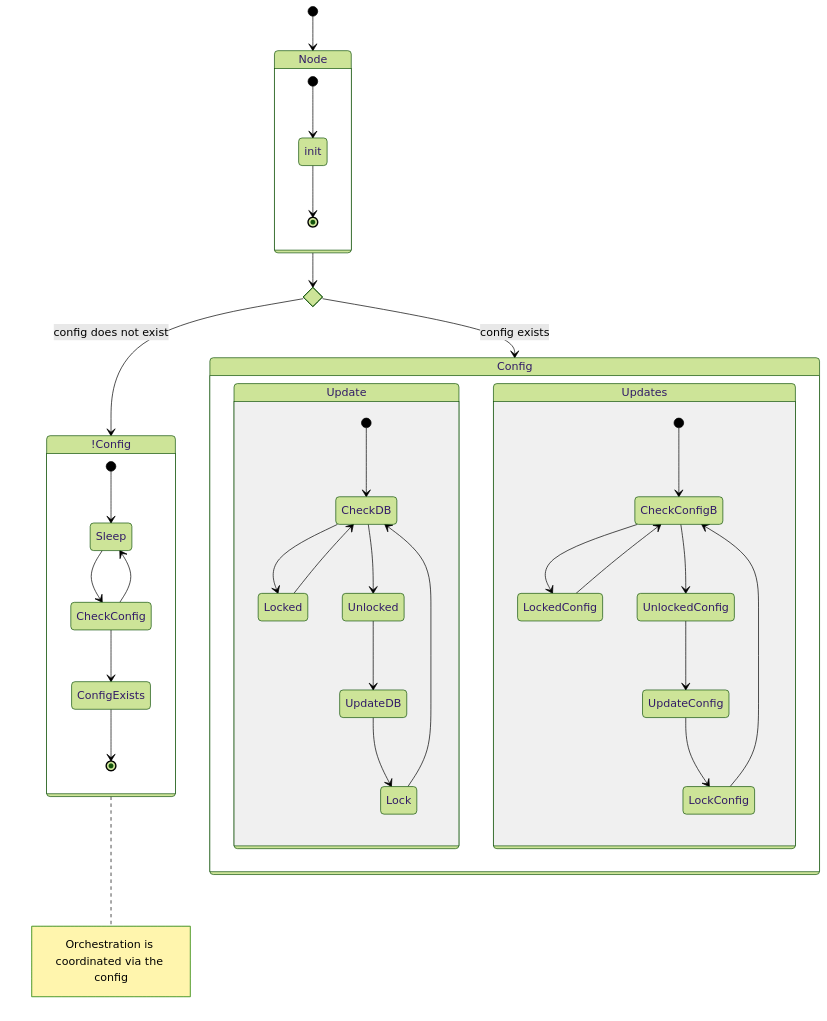
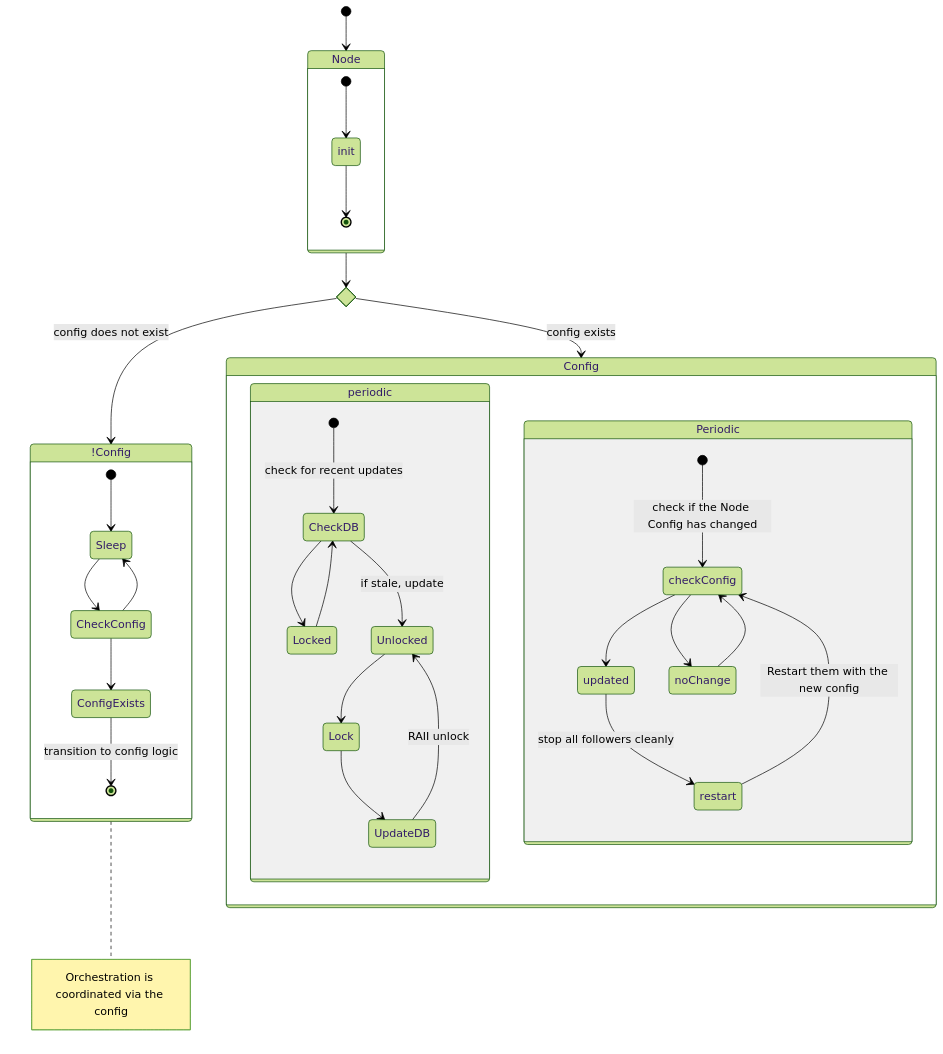
Before and after one commit to input-output-hk/catalyst-voices: the diagram in docs/src/architecture/08_concepts/gateway/mechanics.md, drawn with Mermaid (forest theme).

Commit message:
docs(skeleton for gateway follower): initial napkin sketches

````diff
--- a/docs/src/architecture/08_concepts/gateway/mechanics.md
+++ b/docs/src/architecture/08_concepts/gateway/mechanics.md
@@ -7,49 +7,45 @@
 ```mermaid
   stateDiagram-v2
     state if_state <<choice>>
     [*] --> Node
     Node -->if_state
     if_state --> !Config: config does not exist
     if_state --> Config : config exists
-
 
     note right of !Config
             Orchestration is coordinated via the config
         end note
 
     state Node {
         [*] --> init
         init --> [*]
     }
     state Config {
-        
-        State Update{
-        [*] --> CheckDB
+        State periodic{
+        [*] --> CheckDB: check for recent updates
         CheckDB --> Locked
         Locked --> CheckDB
-        CheckDB --> Unlocked
-        Unlocked --> UpdateDB
-        Lock --> CheckDB
-        UpdateDB --> Lock
+        CheckDB --> Unlocked: if stale, update
+        Unlocked --> Lock
+        Lock --> UpdateDB
+        UpdateDB --> Unlocked: RAII unlock
         }
 
-        State Updates{
-        [*] --> CheckConfigB
-        CheckConfigB --> LockedConfig
-        LockedConfig --> CheckConfigB
-        CheckConfigB --> UnlockedConfig
-        UnlockedConfig --> UpdateConfig
-        LockConfig --> CheckConfigB
-        UpdateConfig --> LockConfig
-        }
-       
+        State Periodic{
+        [*] --> checkConfig: check if the Node Config has changed
+        checkConfig --> updated
+        checkConfig --> noChange
+        noChange --> checkConfig
+        updated --> restart:  stop all followers cleanly
+        restart --> checkConfig: Restart them with the new config
+        
+        }  
     }
-
     state !Config {
         [*] --> Sleep
         Sleep --> CheckConfig
         CheckConfig --> Sleep
         CheckConfig --> ConfigExists
-        ConfigExists --> [*]        
+        ConfigExists --> [*]: transition to config logic        
     }
 ```
````
